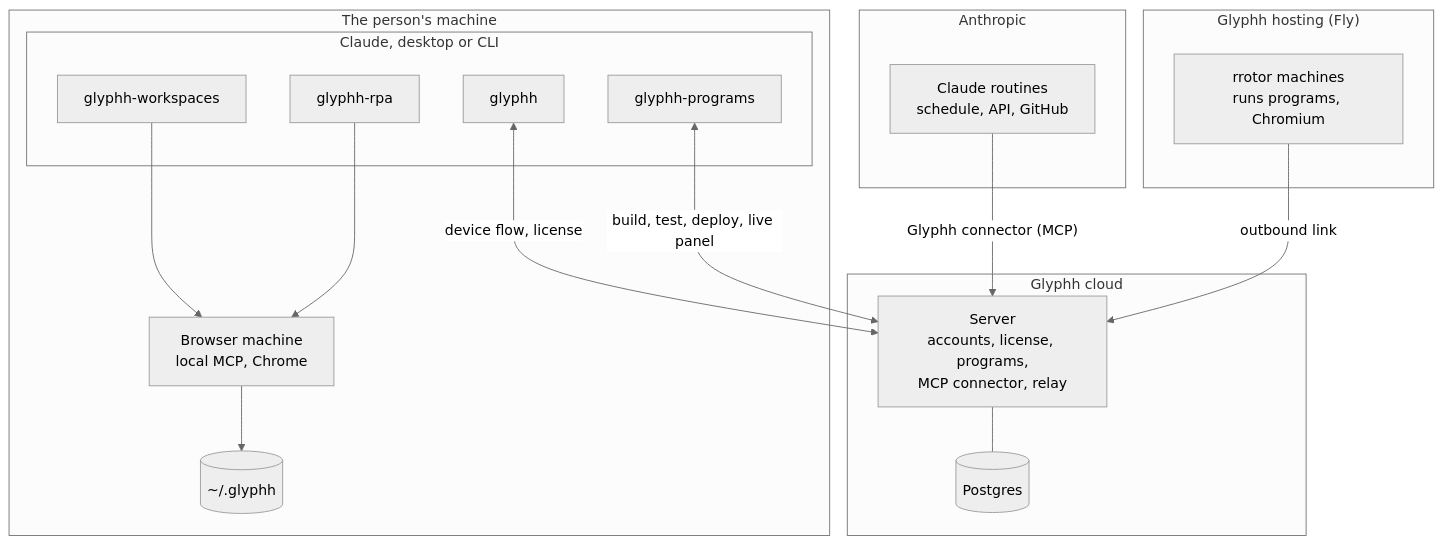
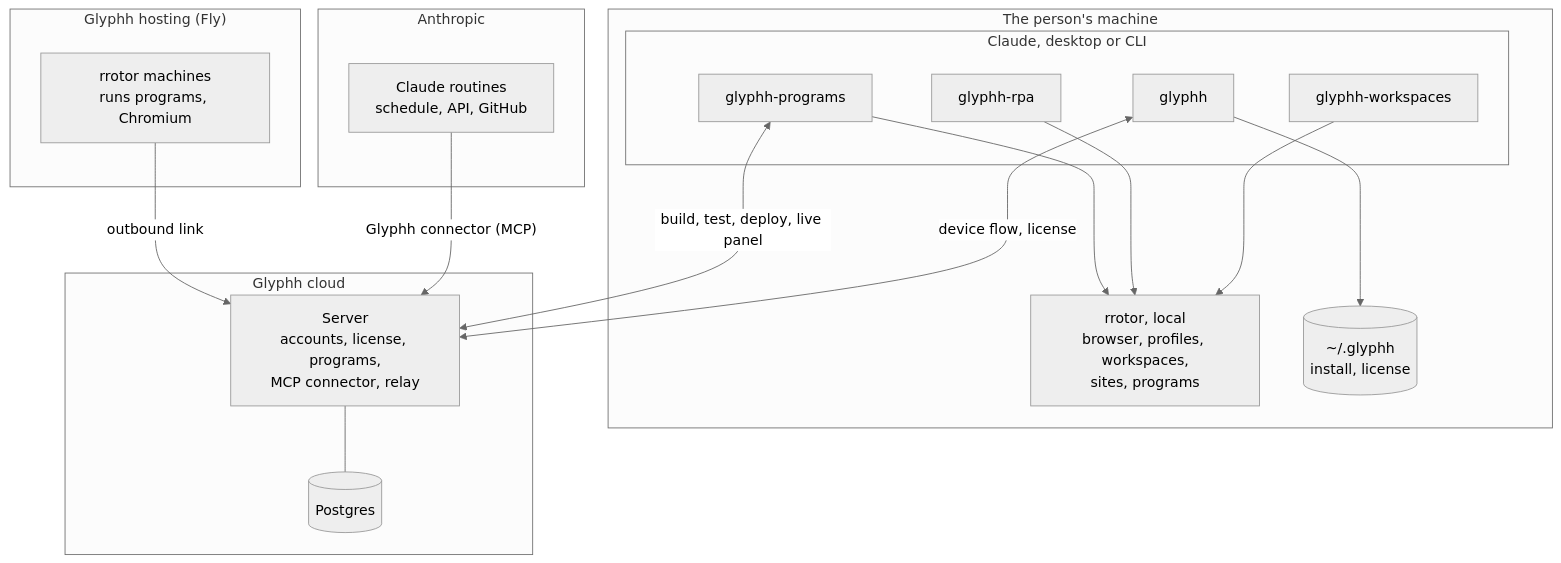
Before and after one commit to glyphh-ai/server: the first of 2 diagrams in docs/architecture.md, drawn with Mermaid (neutral theme). The commit also changed other lines of this file and 4 other files, not shown here.

Commit message:
Design: the local rrotor holds the browser, profiles, workspaces, RPA sites and programs; ~/.glyphh keeps only install and license. Diagrams redrawn (architecture, cloud and rrotor data models)

````diff
--- a/docs/architecture.md
+++ b/docs/architecture.md
@@ -26,35 +26,36 @@
 ```mermaid
 flowchart TB
     subgraph Machine["The person's machine"]
         subgraph Claude["Claude, desktop or CLI"]
             Base["glyphh"]
             WS["glyphh-workspaces"]
             RPA["glyphh-rpa"]
             PR["glyphh-programs"]
         end
-        BM["Browser machine<br/>local MCP, Chrome"]
-        Local[("~/.glyphh")]
-        WS --> BM
-        RPA --> BM
-        BM --> Local
+        LocalRotor["rrotor, local<br/>browser, profiles, workspaces,<br/>sites, programs"]
+        Local[("~/.glyphh<br/>install, license")]
+        WS --> LocalRotor
+        RPA --> LocalRotor
+        PR --> LocalRotor
+        Base --> Local
     end
 
     subgraph Anthropic["Anthropic"]
         Routine["Claude routines<br/>schedule, API, GitHub"]
     end
 
     subgraph Cloud["Glyphh cloud"]
         API["Server<br/>accounts, license, programs,<br/>MCP connector, relay"]
         DB[("Postgres")]
         API --- DB
     end
 
     subgraph Fly["Glyphh hosting (Fly)"]
         Rotor["rrotor machines<br/>runs programs, Chromium"]
     end
 
     Base <-- "device flow, license" --> API
     PR <-- "build, test, deploy, live panel" --> API
     Routine -- "Glyphh connector (MCP)" --> API
     Rotor -- "outbound link" --> API
 ```
````
